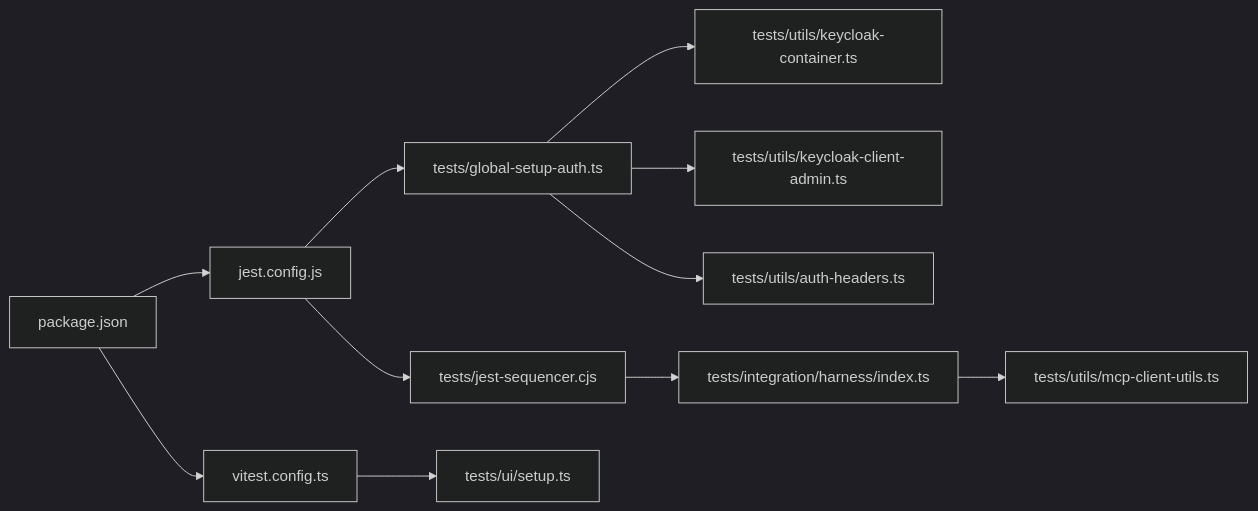
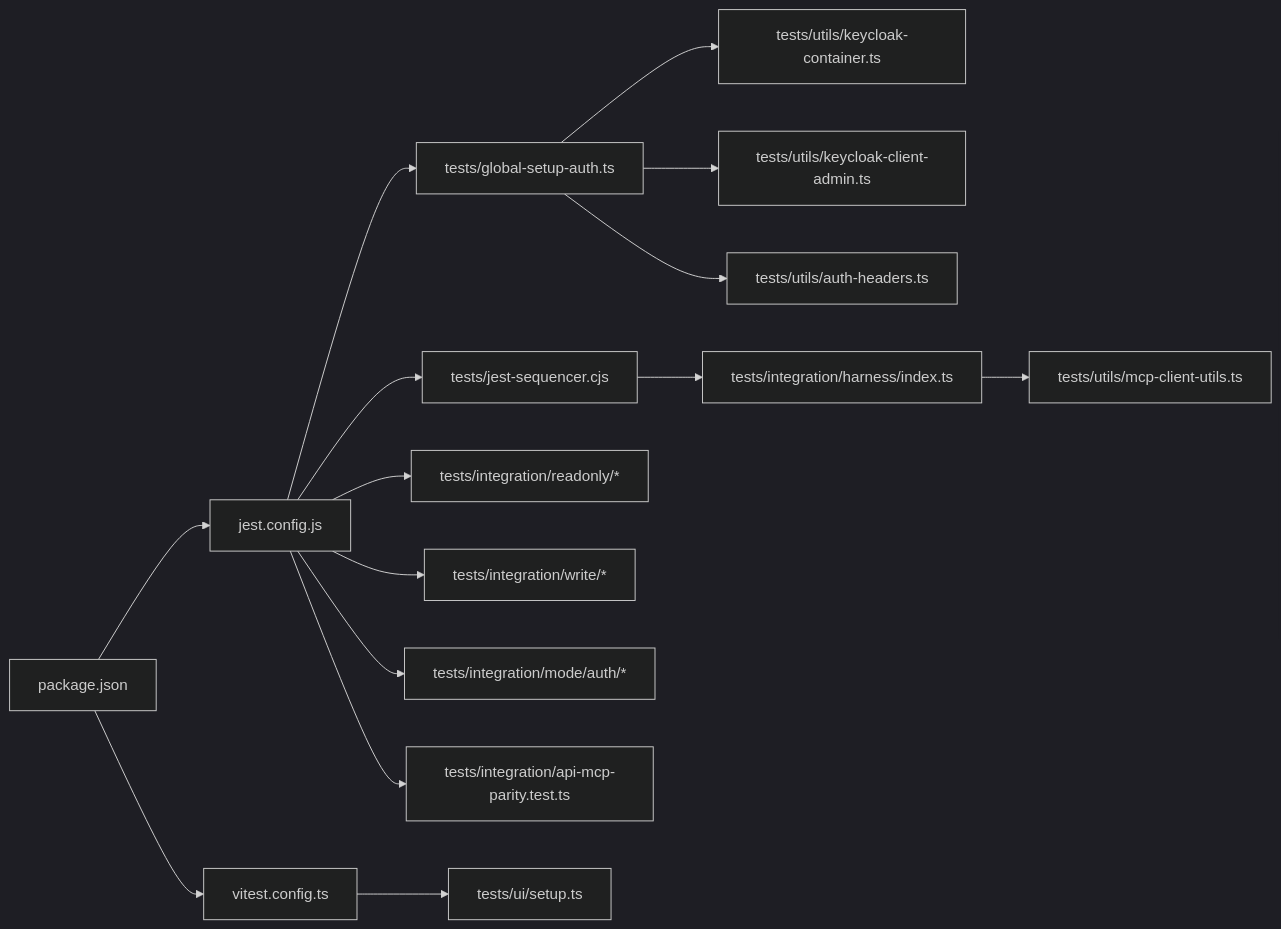
The fifth of 5 diagrams in .qoder/repowiki/en/content/Testing and Quality Assurance/Testing Strategy and Frameworks.md (debian777/kairos-mcp), drawn with Mermaid (dark theme) before and after one commit. The commit also changed other lines of this file and 7 other files, not shown here.

````diff
--- a/.qoder/repowiki/en/content/Testing and Quality Assurance/Testing Strategy and Frameworks.md
+++ b/.qoder/repowiki/en/content/Testing and Quality Assurance/Testing Strategy and Frameworks.md
@@ -334,13 +401,17 @@
 ```mermaid
 graph LR
 Pkg["package.json"] --> JestCfg["jest.config.js"]
 Pkg --> VitestCfg["vitest.config.ts"]
 JestCfg --> GS["tests/global-setup-auth.ts"]
 JestCfg --> Seq["tests/jest-sequencer.cjs"]
 VitestCfg --> UISetup["tests/ui/setup.ts"]
 GS --> KC["tests/utils/keycloak-container.ts"]
 GS --> KCA["tests/utils/keycloak-client-admin.ts"]
 GS --> AH["tests/utils/auth-headers.ts"]
 Seq --> Harness["tests/integration/harness/index.ts"]
 Harness --> MCP["tests/utils/mcp-client-utils.ts"]
+JestCfg --> RO["tests/integration/readonly/*"]
+JestCfg --> WR["tests/integration/write/*"]
+JestCfg --> MA["tests/integration/mode/auth/*"]
+JestCfg --> SP["tests/integration/api-mcp-parity.test.ts"]
 ```
````
